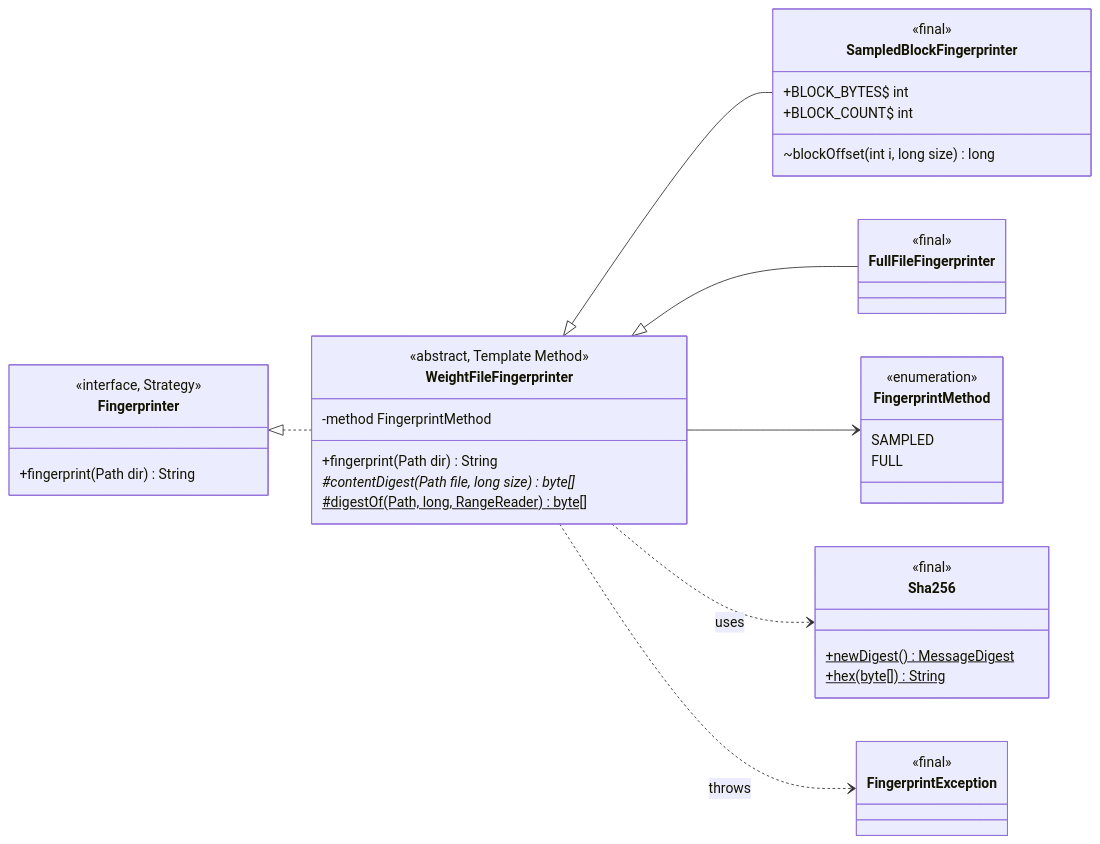
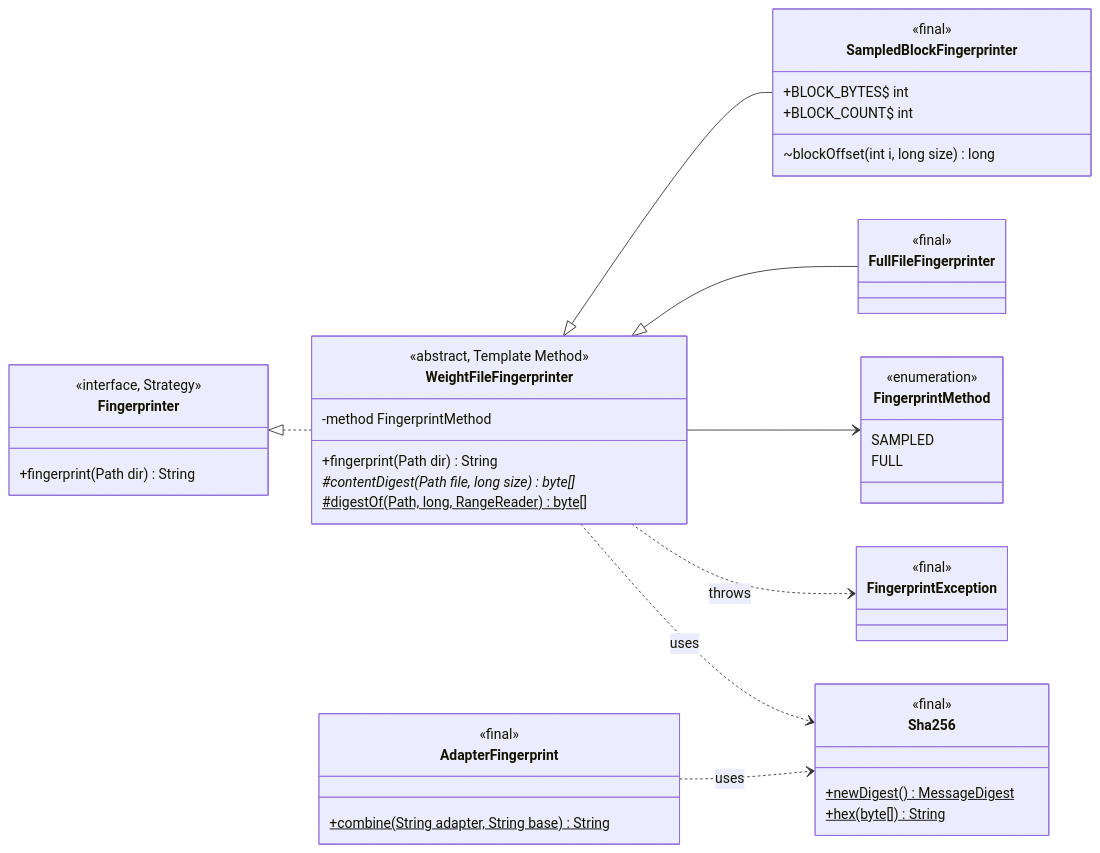
One commit to ritikmahy5/draftwatch changed the fourth of 9 diagrams in docs/uml/class-diagram.md. Above: the diagram before and after it, drawn with Mermaid. The commit also changed other lines of this file and 1 other file, not shown here.

Commit message:
docs: describe adapter identity in SPEC and class diagram

````diff
--- a/docs/uml/class-diagram.md
+++ b/docs/uml/class-diagram.md
@@ -459,41 +460,46 @@
 ```mermaid
 classDiagram
   direction LR
 
   class Fingerprinter {
     <<interface, Strategy>>
     +fingerprint(Path dir) String
   }
   class WeightFileFingerprinter {
     <<abstract, Template Method>>
     -method FingerprintMethod
     +fingerprint(Path dir) String
     #contentDigest(Path file, long size)* byte[]
     #digestOf(Path, long, RangeReader)$ byte[]
   }
   class SampledBlockFingerprinter {
     <<final>>
     +BLOCK_BYTES$ int
     +BLOCK_COUNT$ int
     ~blockOffset(int i, long size) long
   }
   class FullFileFingerprinter { <<final>> }
   class FingerprintMethod {
     <<enumeration>>
     SAMPLED
     FULL
   }
   class FingerprintException { <<final>> }
   class Sha256 {
     <<final>>
     +newDigest()$ MessageDigest
     +hex(byte[])$ String
   }
+  class AdapterFingerprint {
+    <<final>>
+    +combine(String adapter, String base)$ String
+  }
 
+  AdapterFingerprint ..> Sha256 : uses
   Fingerprinter <|.. WeightFileFingerprinter
   WeightFileFingerprinter <|-- SampledBlockFingerprinter
   WeightFileFingerprinter <|-- FullFileFingerprinter
   WeightFileFingerprinter --> FingerprintMethod
   WeightFileFingerprinter ..> Sha256 : uses
   WeightFileFingerprinter ..> FingerprintException : throws
 ```
````
